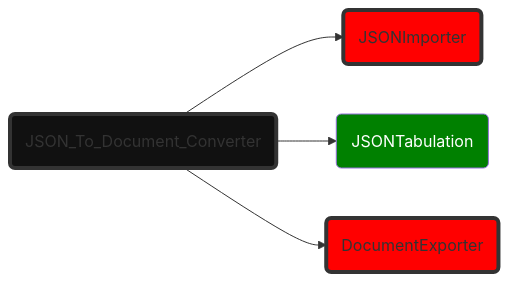
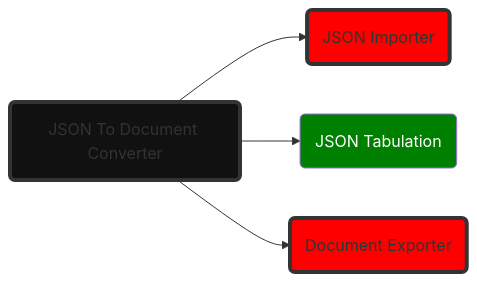
One commit to paragpathak2006/json_tables changed the first of 2 diagrams in README.md. Above: the diagram before and after it, drawn with Mermaid. The commit also changed other lines of this file, not shown here.

Commit message:
Fix formatting in README.md for clarity

````diff
--- a/README.md
+++ b/README.md
@@ -12,10 +12,10 @@
 ```mermaid
 graph LR;
-    X(JSON_To_Document_Converter) --> A(JSONImporter);
-    X --> B(JSONTabulation);
-    X --> C(DocumentExporter);
+    X(JSON To Document Converter) --> A(JSON Importer);
+    X --> B(JSON Tabulation);
+    X --> C(Document Exporter);
     style X fill:#111111,stroke:#333,stroke-width:4px
     style A fill:red,stroke:#333,stroke-width:4px
     style B fill:green,color:#fff
     style C fill:red,stroke:#333,stroke-width:4px
 ```
````
